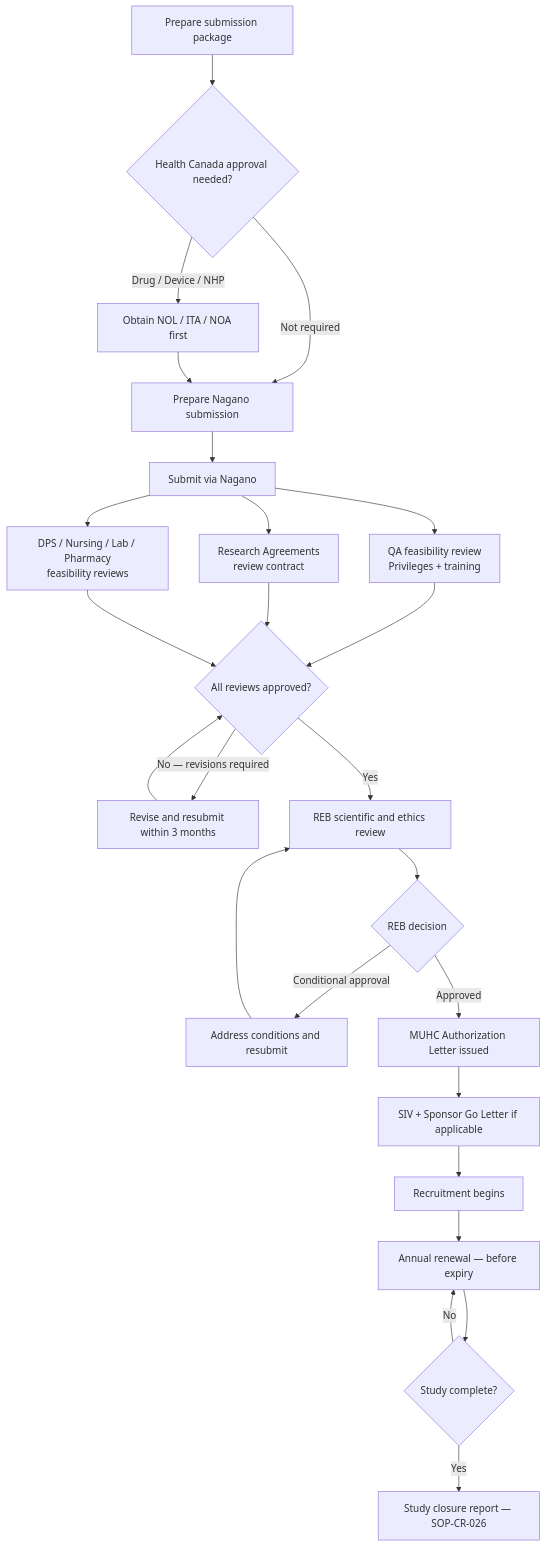
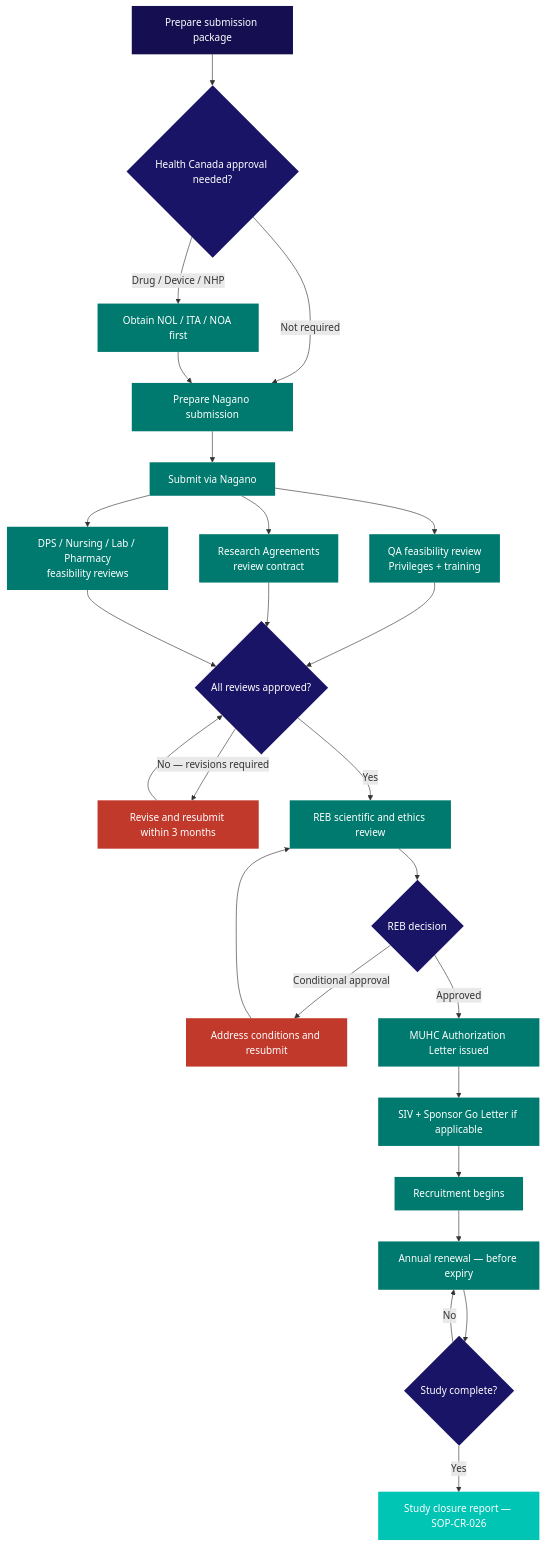
One commit to matthewfiorentino/docs changed the diagram in sops/cr-007.mdx. Above: the diagram before and after it, drawn with Mermaid. The commit also changed 14 other files, not shown here.

````diff
--- a/sops/cr-007.mdx
+++ b/sops/cr-007.mdx
@@ -45,27 +45,47 @@
 ```mermaid
 flowchart TD
     A[Prepare submission package] --> B{Health Canada approval needed?}
     B -->|Drug / Device / NHP| C[Obtain NOL / ITA / NOA first]
     B -->|Not required| D[Prepare Nagano submission]
     C --> D
     D --> E[Submit via Nagano]
     E --> F[QA feasibility review\nPrivileges + training]
     E --> G[Research Agreements\nreview contract]
     E --> H[DPS / Nursing / Lab / Pharmacy\nfeasibility reviews]
     F --> I{All reviews approved?}
     G --> I
     H --> I
     I -->|No — revisions required| J[Revise and resubmit within 3 months]
     J --> I
     I -->|Yes| K[REB scientific and ethics review]
     K --> L{REB decision}
     L -->|Conditional approval| M[Address conditions and resubmit]
     M --> K
     L -->|Approved| N[MUHC Authorization Letter issued]
     N --> O[SIV + Sponsor Go Letter if applicable]
     O --> P[Recruitment begins]
     P --> Q[Annual renewal — before expiry]
     Q --> R{Study complete?}
     R -->|No| Q
     R -->|Yes| S[Study closure report — SOP-CR-026]
+
+    style A fill:#150e51,color:#fff,stroke:none
+    style B fill:#1a1466,color:#fff,stroke:none
+    style C fill:#007a6e,color:#fff,stroke:none
+    style D fill:#007a6e,color:#fff,stroke:none
+    style E fill:#007a6e,color:#fff,stroke:none
+    style F fill:#007a6e,color:#fff,stroke:none
+    style G fill:#007a6e,color:#fff,stroke:none
+    style H fill:#007a6e,color:#fff,stroke:none
+    style I fill:#1a1466,color:#fff,stroke:none
+    style J fill:#c0392b,color:#fff,stroke:none
+    style K fill:#007a6e,color:#fff,stroke:none
+    style L fill:#1a1466,color:#fff,stroke:none
+    style M fill:#c0392b,color:#fff,stroke:none
+    style N fill:#007a6e,color:#fff,stroke:none
+    style O fill:#007a6e,color:#fff,stroke:none
+    style P fill:#007a6e,color:#fff,stroke:none
+    style Q fill:#007a6e,color:#fff,stroke:none
+    style R fill:#1a1466,color:#fff,stroke:none
+    style S fill:#00c4b4,color:#fff,stroke:none
 ```
````
